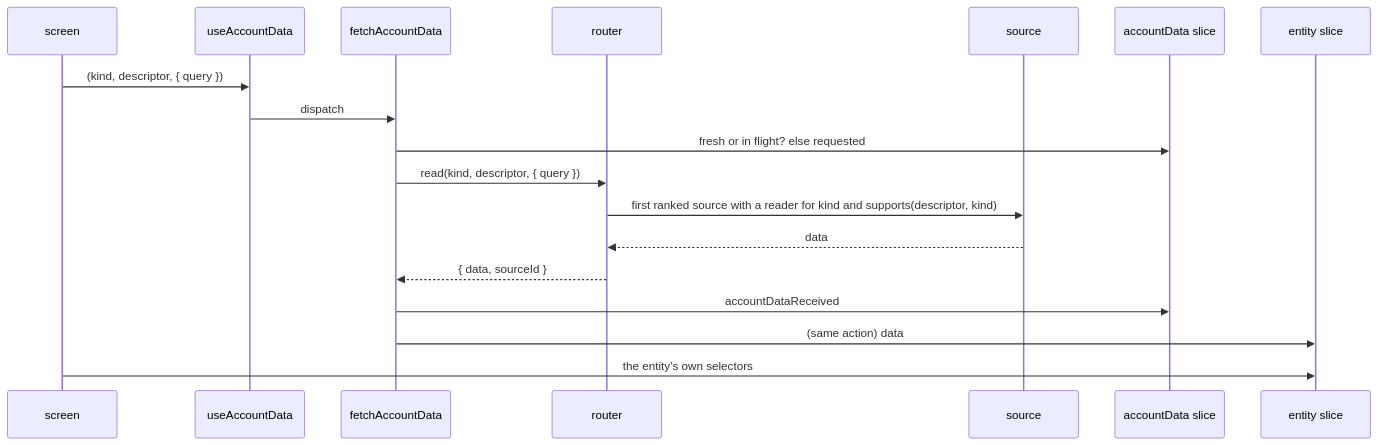
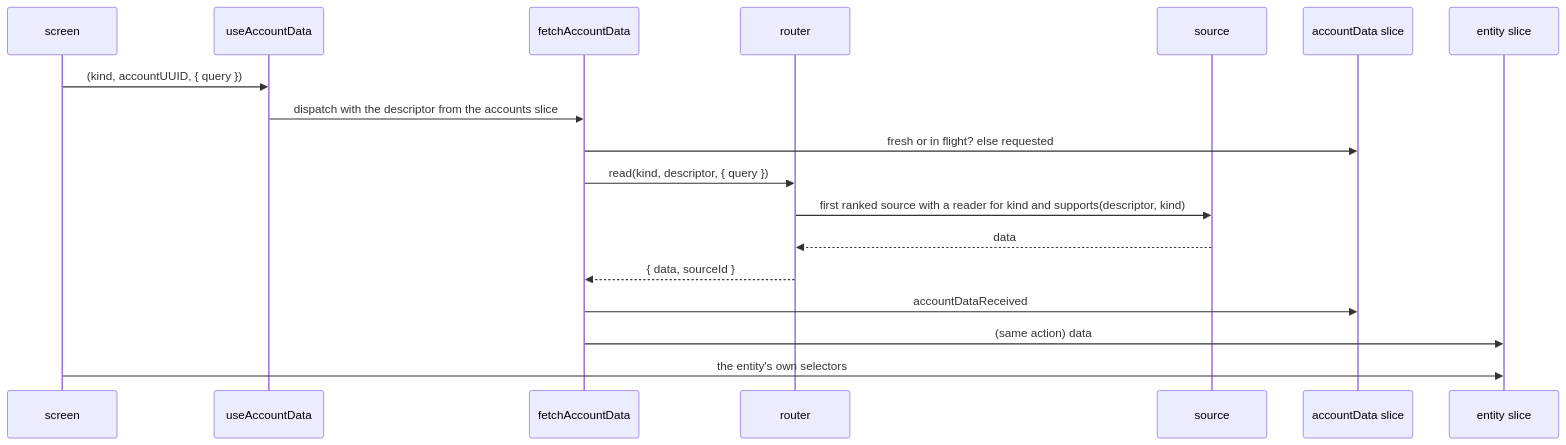
One commit to LedgerHQ/ledger-live changed the diagram in docs/account-models/data-layer.md. Above: the diagram before and after it, drawn with Mermaid. The commit also changed other lines of this file and 17 other files, not shown here.

First line of the commit message:
feat(account-data): hooks take the AccountUUID

````diff
--- a/docs/account-models/data-layer.md
+++ b/docs/account-models/data-layer.md
@@ -22,20 +22,20 @@
 ```mermaid
 sequenceDiagram
     participant S as screen
     participant H as useAccountData
     participant T as fetchAccountData
     participant R as router
     participant X as source
     participant A as accountData slice
     participant E as entity slice
-    S->>H: (kind, descriptor, { query })
-    H->>T: dispatch
+    S->>H: (kind, accountUUID, { query })
+    H->>T: dispatch with the descriptor from the accounts slice
     T->>A: fresh or in flight? else requested
     T->>R: read(kind, descriptor, { query })
     R->>X: first ranked source with a reader for kind and supports(descriptor, kind)
     X-->>R: data
     R-->>T: { data, sourceId }
     T->>A: accountDataReceived
     T->>E: (same action) data
     S->>E: the entity's own selectors
 ```
````
